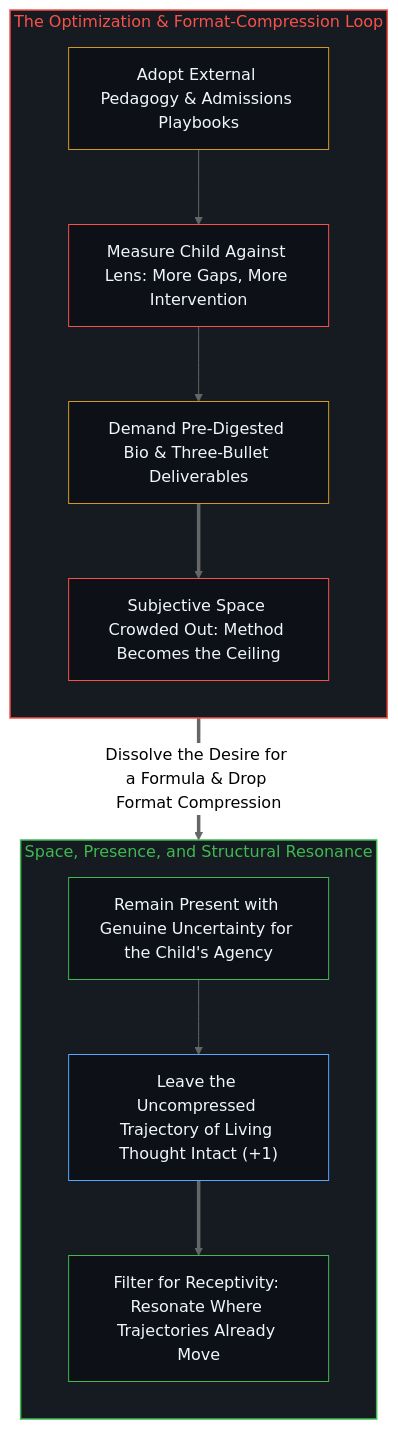
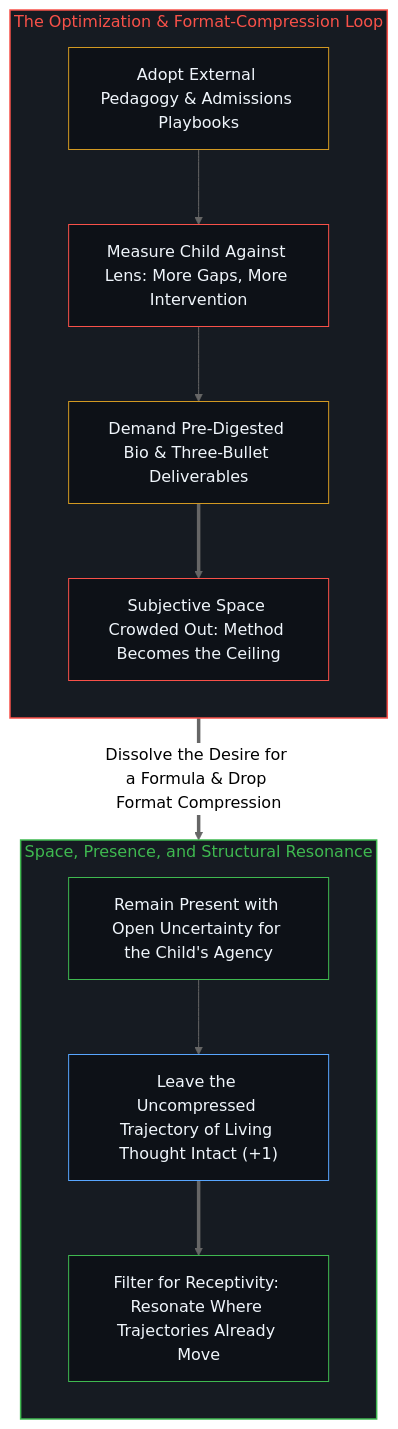
The second of 2 diagrams in content/posts/on-education.md (powerpig99/not-a-toe), drawn with Mermaid (neutral theme) before and after one commit. The commit also changed other lines of this file and 3 other files, not shown here.

````diff
--- a/content/posts/on-education.md
+++ b/content/posts/on-education.md
@@ -67,31 +64,28 @@
 ```mermaid
 flowchart TD
     subgraph S_Optimize["The Optimization & Format-Compression Loop"]
         direction TB
         Lens["Adopt External Pedagogy & Admissions Playbooks"]
         Deficit["Measure Child Against Lens: More Gaps, More Intervention"]
         Slot["Demand Pre-Digested Bio & Three-Bullet Deliverables"]
         Ceiling["Subjective Space Crowded Out: Method Becomes the Ceiling"]
         Lens --> Deficit --> Slot ==> Ceiling
     end
-
     S_Optimize ==>|"Dissolve the Desire for a Formula & Drop Format Compression"| S_Resonance
-
     subgraph S_Resonance["Space, Presence, and Structural Resonance"]
         direction TB
-        Uncertain["Remain Present with Genuine Uncertainty for the Child's Agency"]
+        Uncertain["Remain Present with Open Uncertainty for the Child's Agency"]
         Uncompressed["Leave the Uncompressed Trajectory of Living Thought Intact (+1)"]
         Resonate["Filter for Receptivity: Resonate Where Trajectories Already Move"]
         Uncertain --> Uncompressed ==> Resonate
     end
-
     style S_Optimize fill:#161b22,stroke:#f85149,stroke-width:1.5px,color:#f85149
     style S_Resonance fill:#161b22,stroke:#3fb950,stroke-width:1.5px,color:#3fb950
     style Lens fill:#0d1117,stroke:#d29922,stroke-width:1px,color:#f0f6fc
     style Deficit fill:#0d1117,stroke:#f85149,stroke-width:1px,color:#f0f6fc
     style Slot fill:#0d1117,stroke:#d29922,stroke-width:1px,color:#f0f6fc
     style Ceiling fill:#0d1117,stroke:#f85149,stroke-width:1px,color:#f0f6fc
     style Uncertain fill:#0d1117,stroke:#3fb950,stroke-width:1px,color:#f0f6fc
     style Uncompressed fill:#0d1117,stroke:#58a6ff,stroke-width:1px,color:#f0f6fc
     style Resonate fill:#0d1117,stroke:#3fb950,stroke-width:1px,color:#f0f6fc
 ```
````
